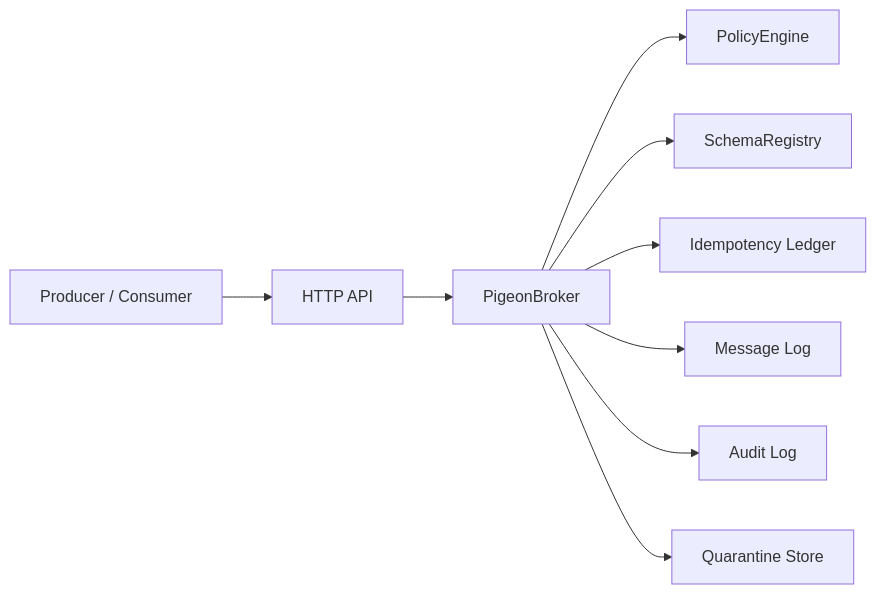
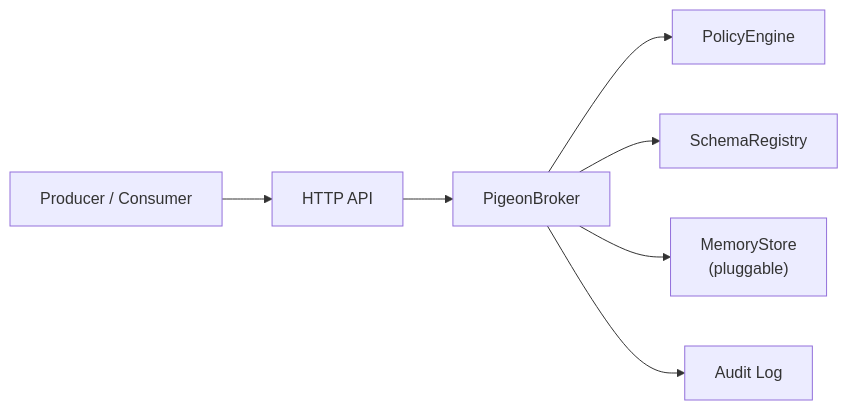
One commit to vishnu-77/pigeon changed the second of 2 diagrams in docs/mvp-architecture.md. Above: the diagram before and after it, drawn with Mermaid. The commit also changed other lines of this file and 15 other files, not shown here.

````diff
--- a/docs/mvp-architecture.md
+++ b/docs/mvp-architecture.md
@@ -5,21 +36,17 @@
 ```mermaid
 flowchart LR
   Client["Producer / Consumer"]
   HTTP["HTTP API"]
   Broker["PigeonBroker"]
+  Store["MemoryStore<br/>(pluggable)"]
   Policy["PolicyEngine"]
   Schema["SchemaRegistry"]
-  Ledger["Idempotency Ledger"]
-  Messages["Message Log"]
   Audit["Audit Log"]
-  Quarantine["Quarantine Store"]
 
   Client --> HTTP
   HTTP --> Broker
   Broker --> Policy
   Broker --> Schema
-  Broker --> Ledger
-  Broker --> Messages
+  Broker --> Store
   Broker --> Audit
-  Broker --> Quarantine
 ```
````
